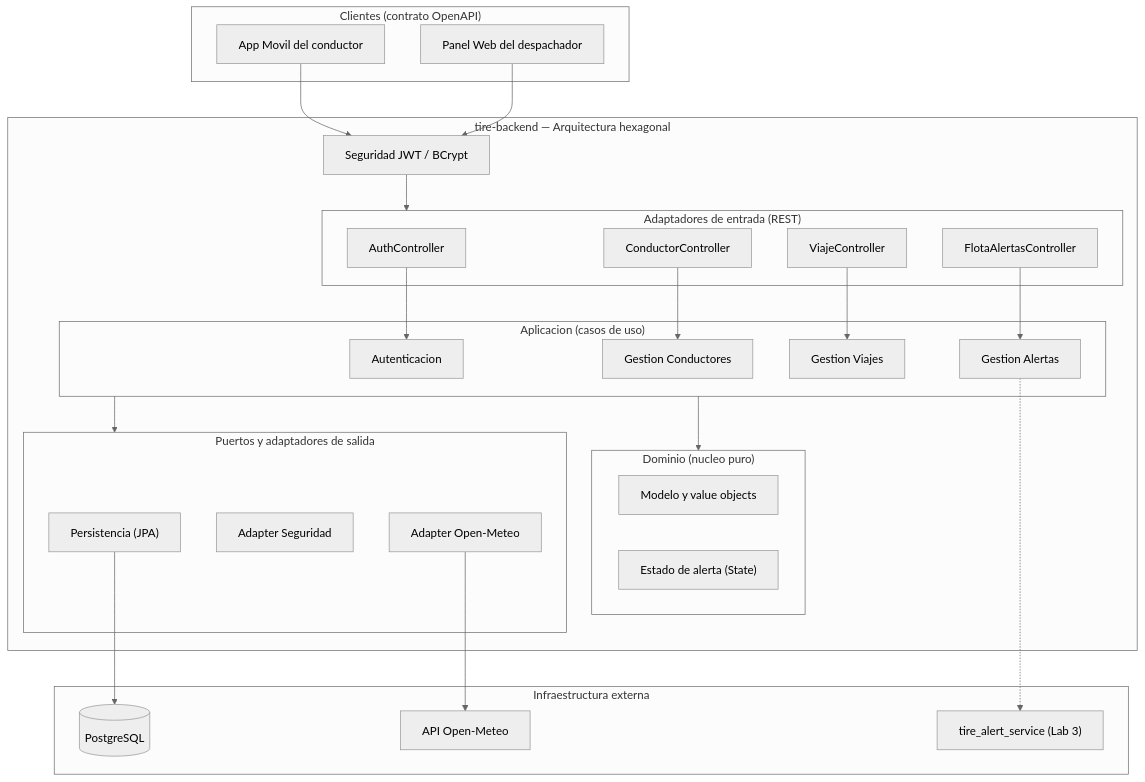
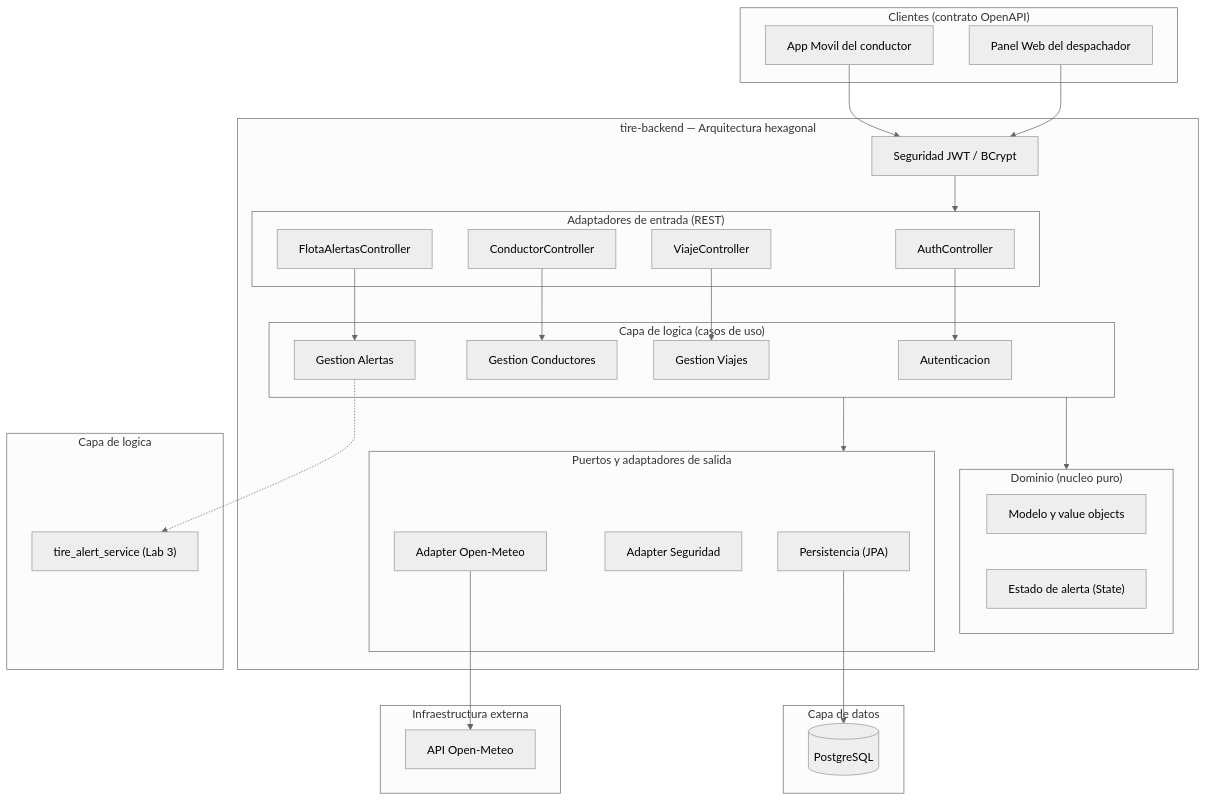
Before and after one commit to ML-Ingesoft-II/tire-docs: the diagram in prototipo-1/arquitectura/componentes_arquitectura.mmd, drawn with Mermaid (neutral theme). The commit also changed 1 other file, not shown here.

```diff
--- a/prototipo-1/arquitectura/componentes_arquitectura.mmd
+++ b/prototipo-1/arquitectura/componentes_arquitectura.mmd
@@ -1,56 +1,62 @@
 flowchart TB
     subgraph Clientes["Clientes (contrato OpenAPI)"]
         App["App Movil del conductor"]
         Web["Panel Web del despachador"]
     end
 
     subgraph Backend["tire-backend — Arquitectura hexagonal"]
         Seg["Seguridad JWT / BCrypt"]
 
         subgraph In["Adaptadores de entrada (REST)"]
             Auth["AuthController"]
             Cond["ConductorController"]
             Viaje["ViajeController"]
             Flota["FlotaAlertasController"]
         end
 
-        subgraph Appl["Aplicacion (casos de uso)"]
+        subgraph Appl["Capa de logica (casos de uso)"]
             SAuth["Autenticacion"]
             SCond["Gestion Conductores"]
             SViaje["Gestion Viajes"]
             SAlert["Gestion Alertas"]
         end
 
         subgraph Dom["Dominio (nucleo puro)"]
             Model["Modelo y value objects"]
             State["Estado de alerta (State)"]
         end
 
         subgraph Out["Puertos y adaptadores de salida"]
             Persist["Persistencia (JPA)"]
             AuthAd["Adapter Seguridad"]
             ClimaAd["Adapter Open-Meteo"]
         end
     end
 
+    subgraph Logica["Capa de logica"]
+        Alert["tire_alert_service (Lab 3)"]
+    end
+
+    subgraph Datos["Capa de datos"]
+        DB[("PostgreSQL")]
+    end
+
     subgraph Infra["Infraestructura externa"]
-        DB[("PostgreSQL")]
         Meteo["API Open-Meteo"]
-        Alert["tire_alert_service (Lab 3)"]
     end
 
     App --> Seg
     Web --> Seg
     Seg --> In
 
     Auth --> SAuth
     Cond --> SCond
     Viaje --> SViaje
     Flota --> SAlert
 
     Appl --> Dom
     Appl --> Out
 
     Persist --> DB
     ClimaAd --> Meteo
     SAlert -.-> Alert
```
